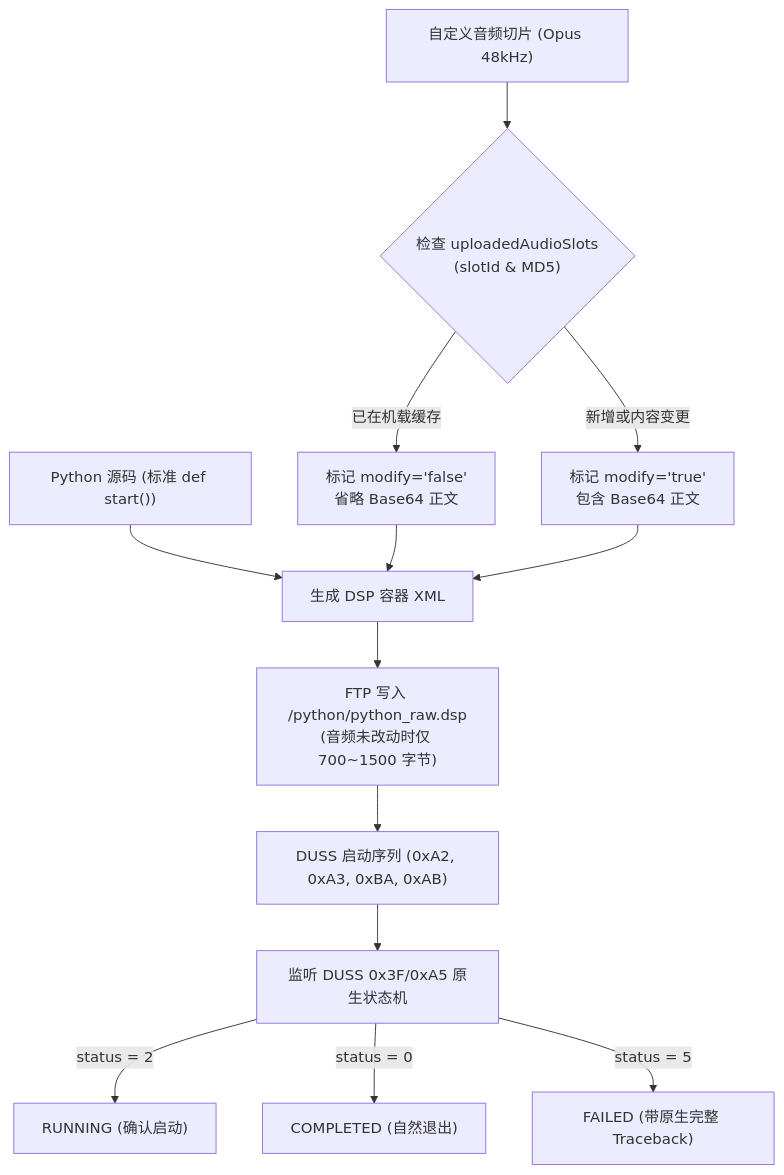
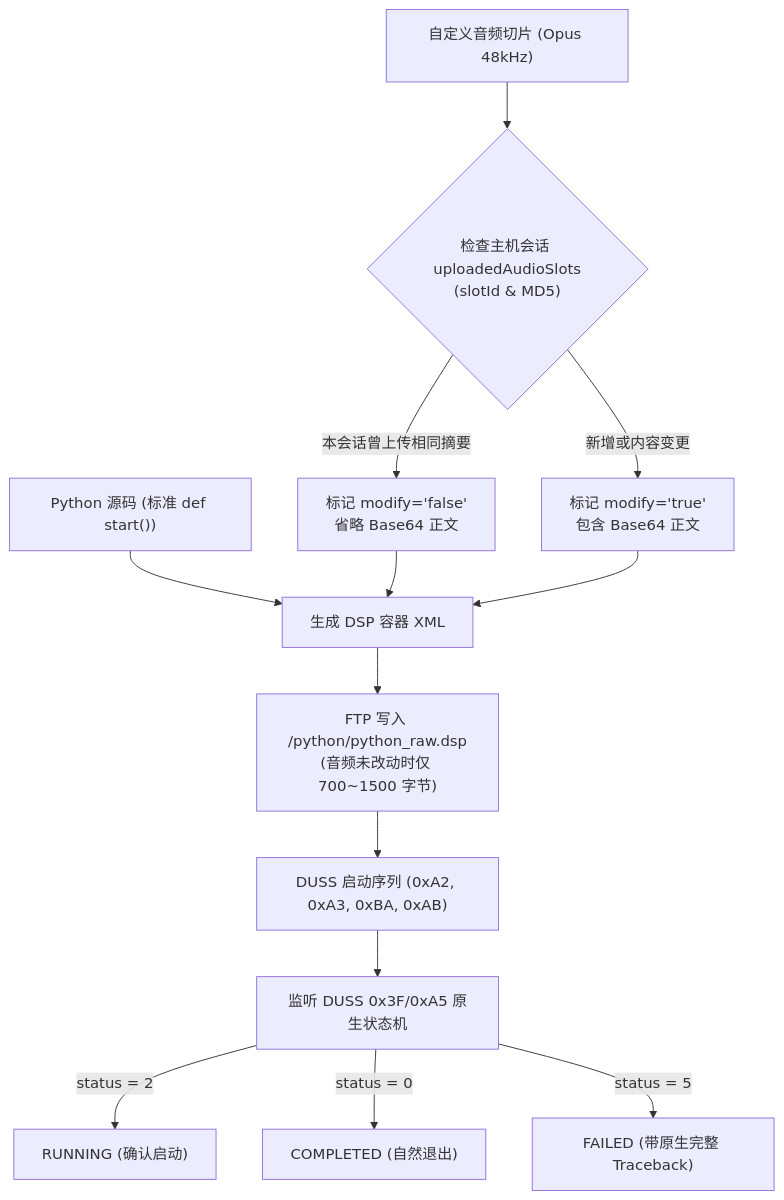
Before and after one commit to elonzh/hanppie: the sixth of 9 diagrams in docs/architecture.md, drawn with Mermaid. The commit also changed other lines of this file and 3 other files, not shown here.

````diff
--- a/docs/architecture.md
+++ b/docs/architecture.md
@@ -462,15 +462,15 @@
 ```mermaid
 flowchart TD
     SCRIPT["Python 源码 (标准 def start())"] --> PACK["生成 DSP 容器 XML"]
-    AUDIO["自定义音频切片 (Opus 48kHz)"] --> CACHE_CHECK{"检查 uploadedAudioSlots<br/>(slotId & MD5)"}
-    CACHE_CHECK -- " 已在机载缓存 " --> XML_STUB["标记 modify='false'<br/>省略 Base64 正文"]
+    AUDIO["自定义音频切片 (Opus 48kHz)"] --> CACHE_CHECK{"检查主机会话 uploadedAudioSlots<br/>(slotId & MD5)"}
+    CACHE_CHECK -- " 本会话曾上传相同摘要 " --> XML_STUB["标记 modify='false'<br/>省略 Base64 正文"]
     CACHE_CHECK -- " 新增或内容变更 " --> XML_FULL["标记 modify='true'<br/>包含 Base64 正文"]
     XML_STUB --> PACK
     XML_FULL --> PACK
     PACK --> FTP_UP["FTP 写入 /python/python_raw.dsp<br/>(音频未改动时仅 700~1500 字节)"]
     FTP_UP --> DUSS_RUN["DUSS 启动序列 (0xA2, 0xA3, 0xBA, 0xAB)"]
     DUSS_RUN --> MONITOR["监听 DUSS 0x3F/0xA5 原生状态机"]
     MONITOR -->|status = 2| RUNNING["RUNNING (确认启动)"]
     MONITOR -->|status = 0| COMPLETED["COMPLETED (自然退出)"]
     MONITOR -->|status = 5| FAILED["FAILED (带原生完整 Traceback)"]
 ```
````
